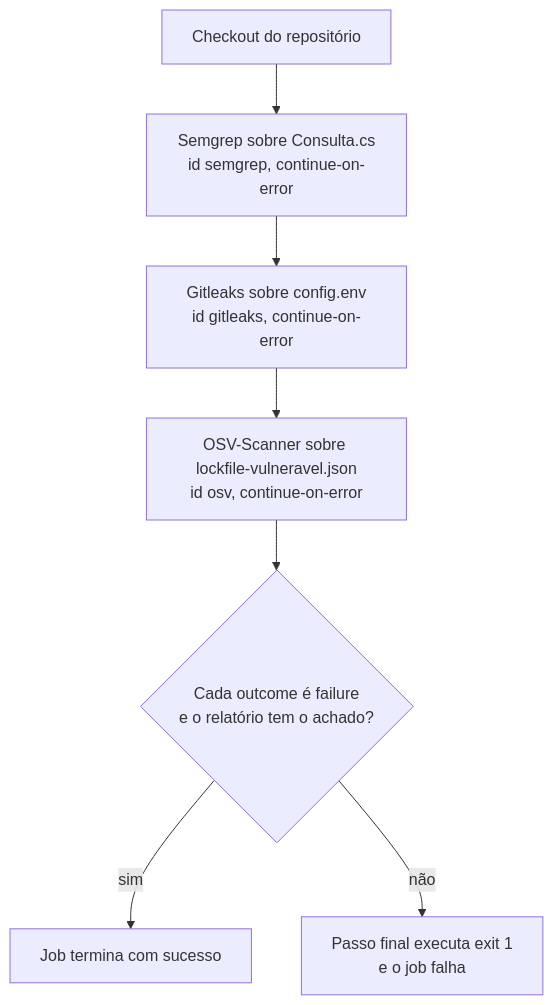
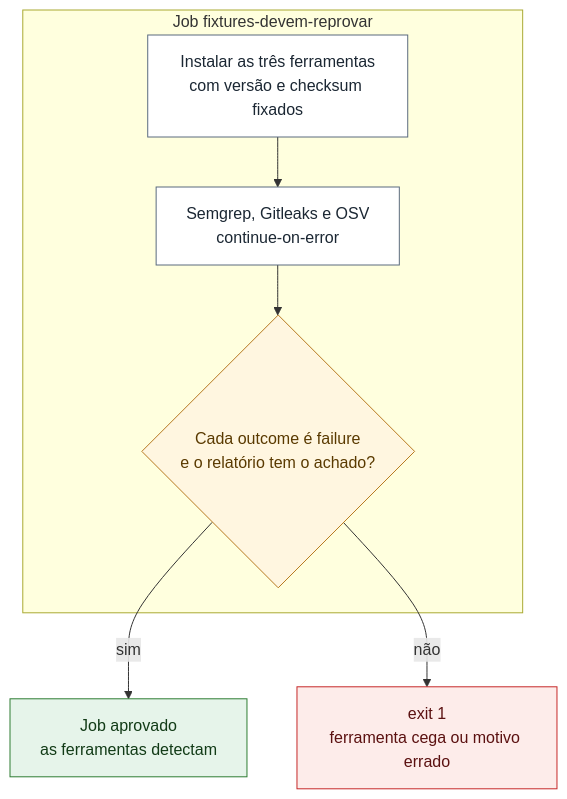
Before and after one commit to arkhibr/devops-fluxos-c3dm: the third of 3 diagrams in cenarios/06-seguranca-estatica/README.md, drawn with Mermaid. The commit also changed other lines of this file and 7 other files, not shown here.

First line of the commit message:
docs(cenarios): trechos de workflow, links e diagramas dos cenários 01 a 07 (#25)

````diff
--- a/cenarios/06-seguranca-estatica/README.md
+++ b/cenarios/06-seguranca-estatica/README.md
@@ -29,9 +280,20 @@
 ```mermaid
 flowchart TB
-    A["Checkout do repositório"] --> B["Semgrep sobre Consulta.cs<br/>id semgrep, continue-on-error"]
-    B --> C["Gitleaks sobre config.env<br/>id gitleaks, continue-on-error"]
-    C --> D["OSV-Scanner sobre lockfile-vulneravel.json<br/>id osv, continue-on-error"]
-    D --> E{"Cada outcome é failure<br/>e o relatório tem o achado?"}
-    E -- "sim" --> F["Job termina com sucesso"]
-    E -- "não" --> G["Passo final executa exit 1<br/>e o job falha"]
+    subgraph job["Job fixtures-devem-reprovar"]
+        A["Instalar as três ferramentas<br/>com versão e checksum fixados"]:::etapa
+        B["Semgrep, Gitleaks e OSV<br/>continue-on-error"]:::etapa
+        C{"Cada outcome é failure<br/>e o relatório tem o achado?"}:::verificacao
+    end
+    S["Job aprovado<br/>as ferramentas detectam"]:::sucesso
+    X["exit 1<br/>ferramenta cega ou motivo errado"]:::falha
+    A --> B --> C
+    C -- "sim" --> S
+    C -- "não" --> X
+
+    classDef gatilho fill:#E8F1FB,stroke:#1F5FA8,color:#0B2545
+    classDef etapa fill:#FFFFFF,stroke:#5B6B7F,color:#1B2733
+    classDef verificacao fill:#FFF6E0,stroke:#B7791F,color:#5A3A00
+    classDef sucesso fill:#E6F4EA,stroke:#2E7D32,color:#123B17
+    classDef falha fill:#FDECEA,stroke:#C62828,color:#5B1111
+    classDef artefato fill:#F3E8FD,stroke:#6A3FB5,color:#2D1457
 ```
````
